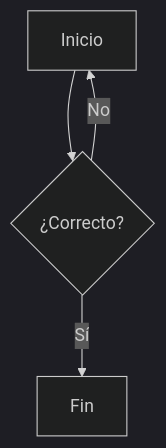
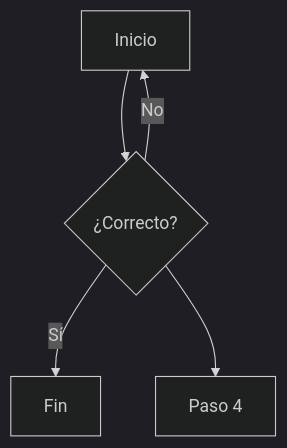
The diagram in src/modulo-2/index.md (GgarridoP/prueba-studio-2), drawn with Mermaid (dark theme) before and after one commit. The commit also changed other lines of this file and 8 other files, not shown here.

````diff
--- a/src/modulo-2/index.md
+++ b/src/modulo-2/index.md
@@ -17,6 +17,11 @@
 ```mermaid
 graph TD
-  A[Inicio] --> B{¿Correcto?}
-  B -- Sí --> C[Fin]
-  B -- No --> A
+    A["Inicio"]
+    B{"¿Correcto?"}
+    C["Fin"]
+    n1["Paso 4"]
+    A --> B
+    B -->|"Sí"| C
+    B -->|"No"| A
+    B --> n1
 ```
````
